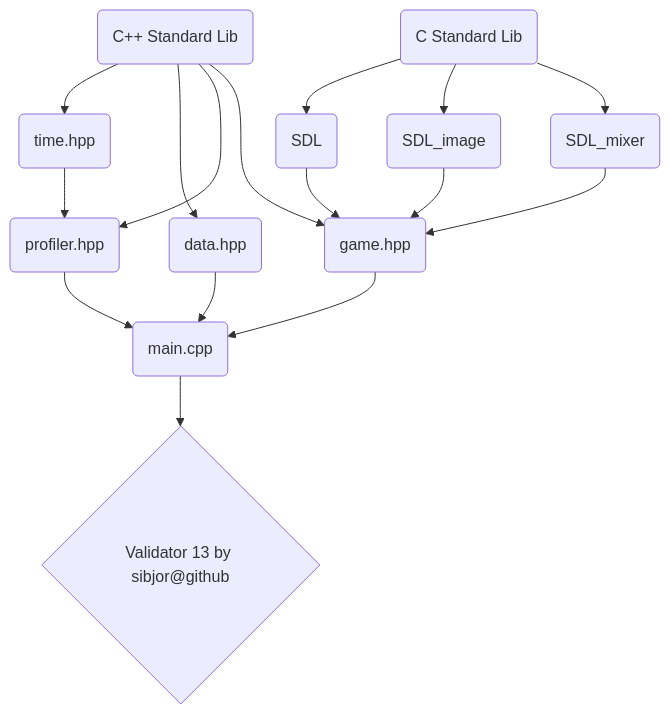
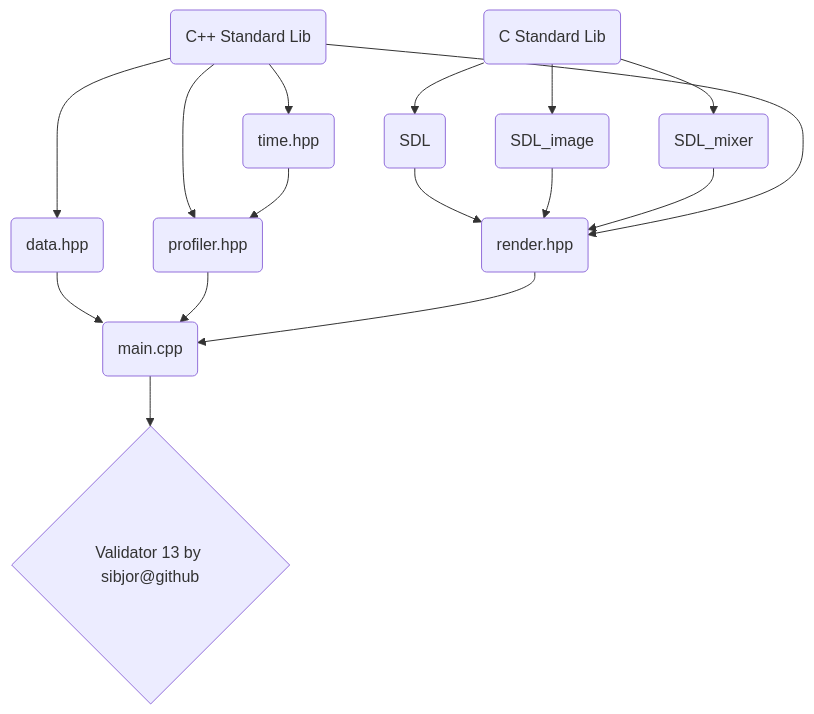
One commit to sibjor/ParkourRunner changed the diagram in README.md. Above: the diagram before and after it, drawn with Mermaid.

Commit message:
Updated flowchart in the readme

````diff
--- a/README.md
+++ b/README.md
@@ -11,36 +11,36 @@
 ```mermaid
 flowchart TD
     A(C Standard Lib)
     B(C++ Standard Lib)
     C(SDL)
     D(SDL_image)
     E(SDL_mixer)
     F(profiler.hpp) 
     G(time.hpp) 
     H(data.hpp)
     I(main.cpp)
     J{Validator 13 by sibjor@github}
-    K(game.hpp)
+    K(render.hpp)
 
     A --> C
     A --> D
     A --> E
 
     C --> K
     D --> K
     E --> K
+    B --> K
 
     B --> G
     B --> H
     B --> F
-    B --> K
 
     G --> F
 
     H --> I
     F --> I
     K --> I
 
     I --> J
 
 ```
````
